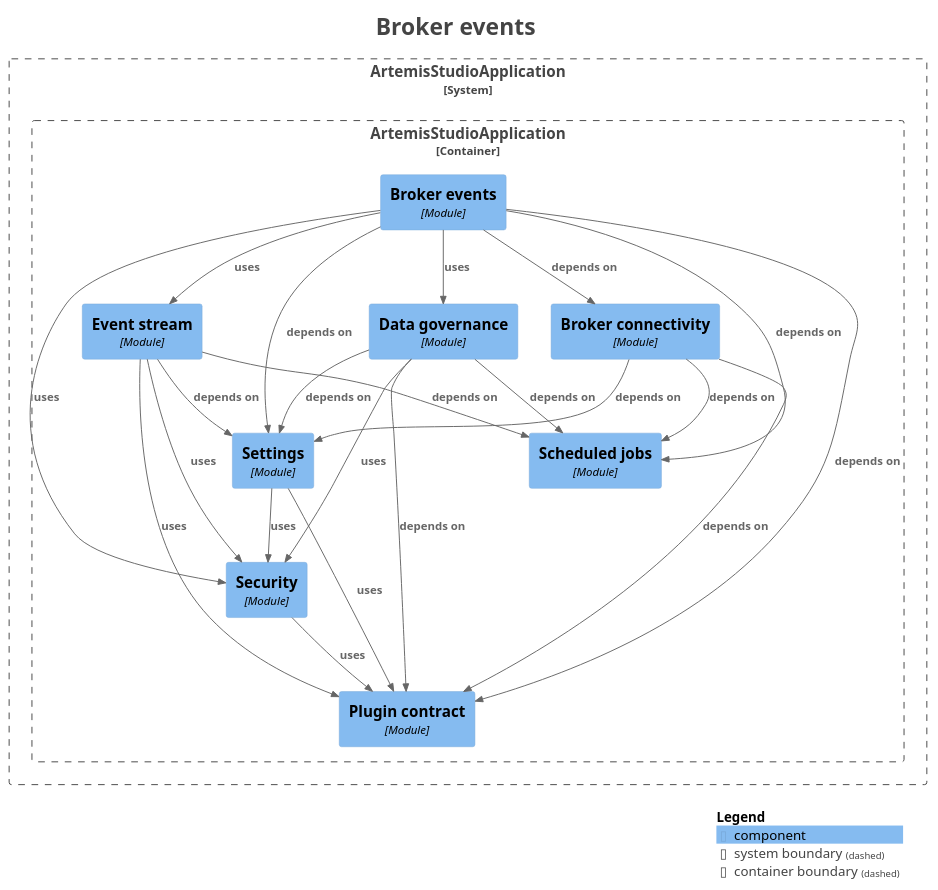
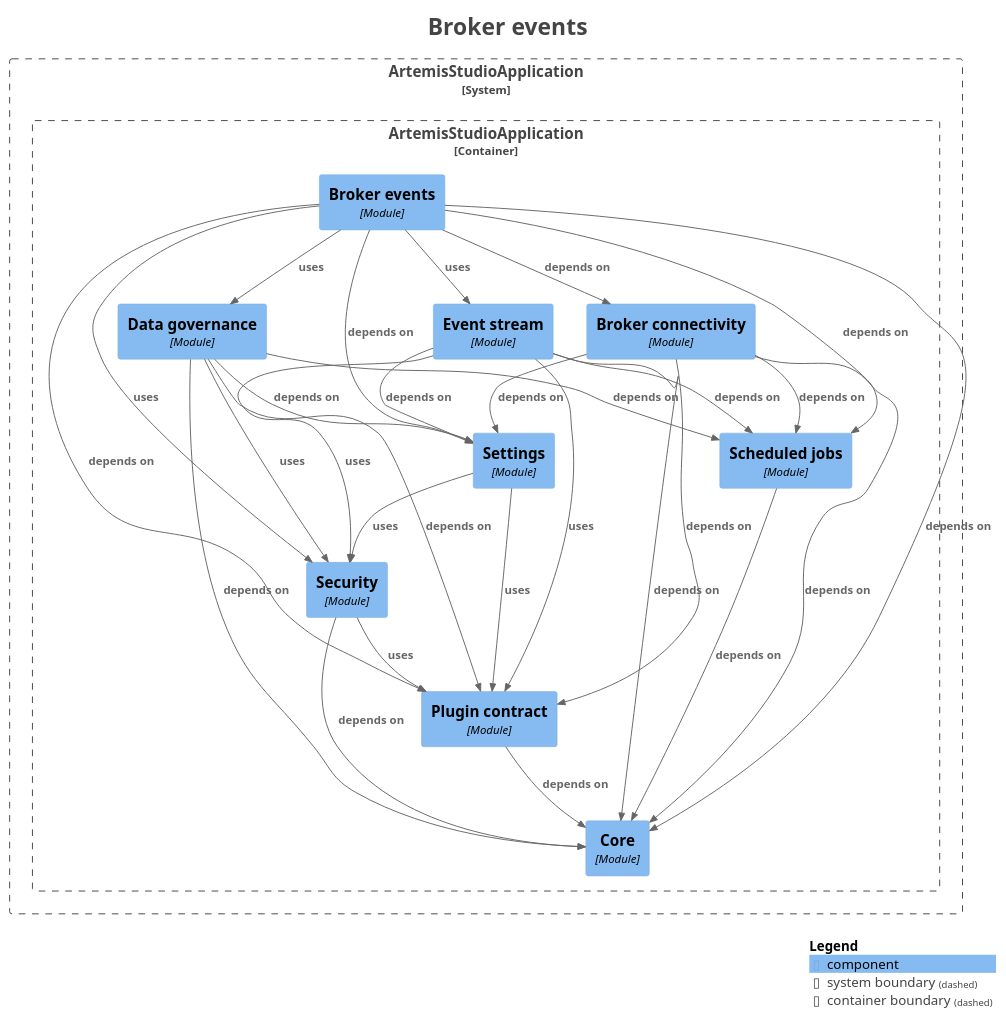
One commit to sudoitir/artemis-studio changed the diagram in docs/modules/module-feature.events.puml. Above: the diagram before and after it, drawn with PlantUML. The commit also changed 3 other files, not shown here.

First line of the commit message:
docs(modules): regenerate module diagrams for shutdown-step dependencies

```diff
--- a/docs/modules/module-feature.events.puml
+++ b/docs/modules/module-feature.events.puml
@@ -1,56 +1,64 @@
 @startuml
 title <size:24>Broker events</size>
 
 set separator none
 top to bottom direction
 
 <style>
   root {
     BackgroundColor: #ffffff
     FontColor: #444444
   }
 </style>
 
 !include <C4/C4>
 !include <C4/C4_Context>
 !include <C4/C4_Component>
 
 System_Boundary("ArtemisStudioApplication_boundary", "ArtemisStudioApplication", $tags="") {
   Container_Boundary("ArtemisStudioApplication.ArtemisStudioApplication_boundary", "ArtemisStudioApplication", $tags="") {
     Component(ArtemisStudioApplication.ArtemisStudioApplication.Settings, "Settings", $techn="Module", $descr="", $tags="", $link="")
     Component(ArtemisStudioApplication.ArtemisStudioApplication.Eventstream, "Event stream", $techn="Module", $descr="", $tags="", $link="")
     Component(ArtemisStudioApplication.ArtemisStudioApplication.Brokerconnectivity, "Broker connectivity", $techn="Module", $descr="", $tags="", $link="")
     Component(ArtemisStudioApplication.ArtemisStudioApplication.Datagovernance, "Data governance", $techn="Module", $descr="", $tags="", $link="")
     Component(ArtemisStudioApplication.ArtemisStudioApplication.Brokerevents, "Broker events", $techn="Module", $descr="", $tags="", $link="")
+    Component(ArtemisStudioApplication.ArtemisStudioApplication.Core, "Core", $techn="Module", $descr="", $tags="", $link="")
     Component(ArtemisStudioApplication.ArtemisStudioApplication.Scheduledjobs, "Scheduled jobs", $techn="Module", $descr="", $tags="", $link="")
     Component(ArtemisStudioApplication.ArtemisStudioApplication.Plugincontract, "Plugin contract", $techn="Module", $descr="", $tags="", $link="")
     Component(ArtemisStudioApplication.ArtemisStudioApplication.Security, "Security", $techn="Module", $descr="", $tags="", $link="")
   }
 
 }
 
+Rel(ArtemisStudioApplication.ArtemisStudioApplication.Brokerconnectivity, ArtemisStudioApplication.ArtemisStudioApplication.Core, "depends on", $techn="", $tags="", $link="")
 Rel(ArtemisStudioApplication.ArtemisStudioApplication.Brokerconnectivity, ArtemisStudioApplication.ArtemisStudioApplication.Plugincontract, "depends on", $techn="", $tags="", $link="")
 Rel(ArtemisStudioApplication.ArtemisStudioApplication.Brokerconnectivity, ArtemisStudioApplication.ArtemisStudioApplication.Scheduledjobs, "depends on", $techn="", $tags="", $link="")
 Rel(ArtemisStudioApplication.ArtemisStudioApplication.Brokerconnectivity, ArtemisStudioApplication.ArtemisStudioApplication.Settings, "depends on", $techn="", $tags="", $link="")
 Rel(ArtemisStudioApplication.ArtemisStudioApplication.Brokerevents, ArtemisStudioApplication.ArtemisStudioApplication.Brokerconnectivity, "depends on", $techn="", $tags="", $link="")
+Rel(ArtemisStudioApplication.ArtemisStudioApplication.Brokerevents, ArtemisStudioApplication.ArtemisStudioApplication.Core, "depends on", $techn="", $tags="", $link="")
 Rel(ArtemisStudioApplication.ArtemisStudioApplication.Brokerevents, ArtemisStudioApplication.ArtemisStudioApplication.Datagovernance, "uses", $techn="", $tags="", $link="")
 Rel(ArtemisStudioApplication.ArtemisStudioApplication.Brokerevents, ArtemisStudioApplication.ArtemisStudioApplication.Eventstream, "uses", $techn="", $tags="", $link="")
 Rel(ArtemisStudioApplication.ArtemisStudioApplication.Brokerevents, ArtemisStudioApplication.ArtemisStudioApplication.Plugincontract, "depends on", $techn="", $tags="", $link="")
 Rel(ArtemisStudioApplication.ArtemisStudioApplication.Brokerevents, ArtemisStudioApplication.ArtemisStudioApplication.Scheduledjobs, "depends on", $techn="", $tags="", $link="")
 Rel(ArtemisStudioApplication.ArtemisStudioApplication.Brokerevents, ArtemisStudioApplication.ArtemisStudioApplication.Security, "uses", $techn="", $tags="", $link="")
 Rel(ArtemisStudioApplication.ArtemisStudioApplication.Brokerevents, ArtemisStudioApplication.ArtemisStudioApplication.Settings, "depends on", $techn="", $tags="", $link="")
+Rel(ArtemisStudioApplication.ArtemisStudioApplication.Datagovernance, ArtemisStudioApplication.ArtemisStudioApplication.Core, "depends on", $techn="", $tags="", $link="")
 Rel(ArtemisStudioApplication.ArtemisStudioApplication.Datagovernance, ArtemisStudioApplication.ArtemisStudioApplication.Plugincontract, "depends on", $techn="", $tags="", $link="")
 Rel(ArtemisStudioApplication.ArtemisStudioApplication.Datagovernance, ArtemisStudioApplication.ArtemisStudioApplication.Scheduledjobs, "depends on", $techn="", $tags="", $link="")
 Rel(ArtemisStudioApplication.ArtemisStudioApplication.Datagovernance, ArtemisStudioApplication.ArtemisStudioApplication.Security, "uses", $techn="", $tags="", $link="")
 Rel(ArtemisStudioApplication.ArtemisStudioApplication.Datagovernance, ArtemisStudioApplication.ArtemisStudioApplication.Settings, "depends on", $techn="", $tags="", $link="")
+Rel(ArtemisStudioApplication.ArtemisStudioApplication.Eventstream, ArtemisStudioApplication.ArtemisStudioApplication.Core, "depends on", $techn="", $tags="", $link="")
 Rel(ArtemisStudioApplication.ArtemisStudioApplication.Eventstream, ArtemisStudioApplication.ArtemisStudioApplication.Plugincontract, "uses", $techn="", $tags="", $link="")
 Rel(ArtemisStudioApplication.ArtemisStudioApplication.Eventstream, ArtemisStudioApplication.ArtemisStudioApplication.Scheduledjobs, "depends on", $techn="", $tags="", $link="")
 Rel(ArtemisStudioApplication.ArtemisStudioApplication.Eventstream, ArtemisStudioApplication.ArtemisStudioApplication.Security, "uses", $techn="", $tags="", $link="")
 Rel(ArtemisStudioApplication.ArtemisStudioApplication.Eventstream, ArtemisStudioApplication.ArtemisStudioApplication.Settings, "depends on", $techn="", $tags="", $link="")
+Rel(ArtemisStudioApplication.ArtemisStudioApplication.Plugincontract, ArtemisStudioApplication.ArtemisStudioApplication.Core, "depends on", $techn="", $tags="", $link="")
+Rel(ArtemisStudioApplication.ArtemisStudioApplication.Scheduledjobs, ArtemisStudioApplication.ArtemisStudioApplication.Core, "depends on", $techn="", $tags="", $link="")
+Rel(ArtemisStudioApplication.ArtemisStudioApplication.Security, ArtemisStudioApplication.ArtemisStudioApplication.Core, "depends on", $techn="", $tags="", $link="")
 Rel(ArtemisStudioApplication.ArtemisStudioApplication.Security, ArtemisStudioApplication.ArtemisStudioApplication.Plugincontract, "uses", $techn="", $tags="", $link="")
 Rel(ArtemisStudioApplication.ArtemisStudioApplication.Settings, ArtemisStudioApplication.ArtemisStudioApplication.Plugincontract, "uses", $techn="", $tags="", $link="")
 Rel(ArtemisStudioApplication.ArtemisStudioApplication.Settings, ArtemisStudioApplication.ArtemisStudioApplication.Security, "uses", $techn="", $tags="", $link="")
 
 SHOW_LEGEND(true)
 hide stereotypes
 @enduml
```
